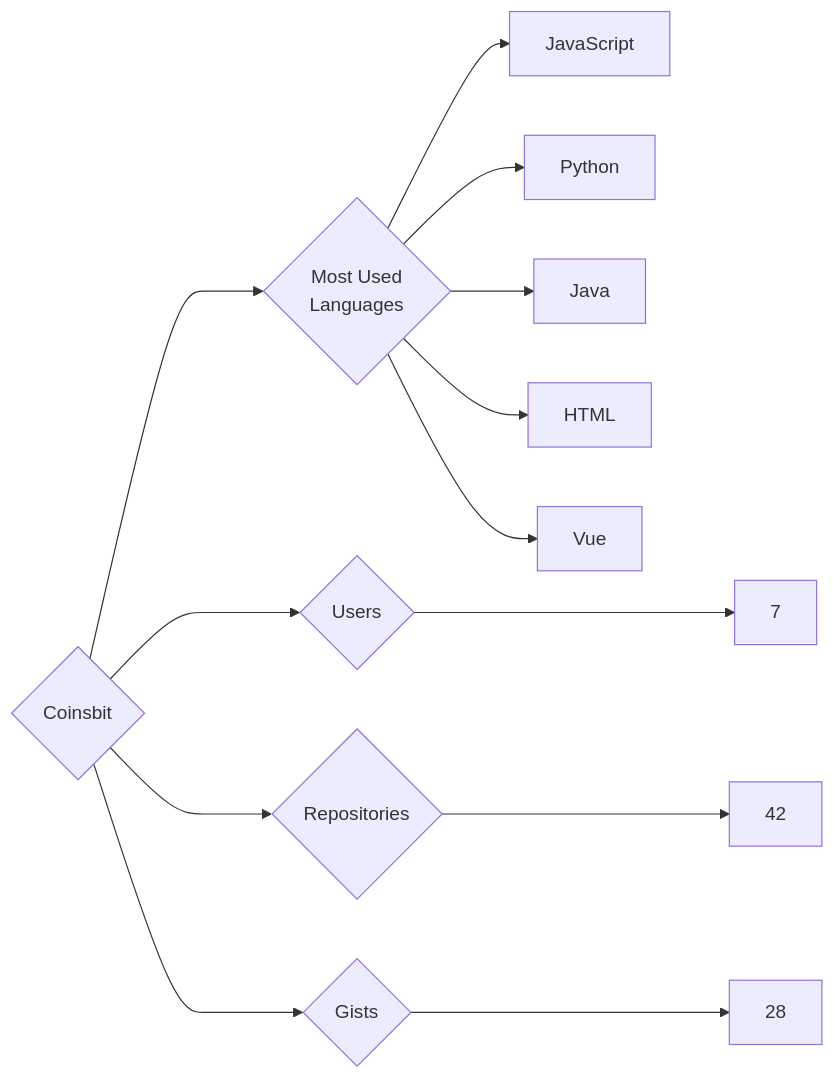
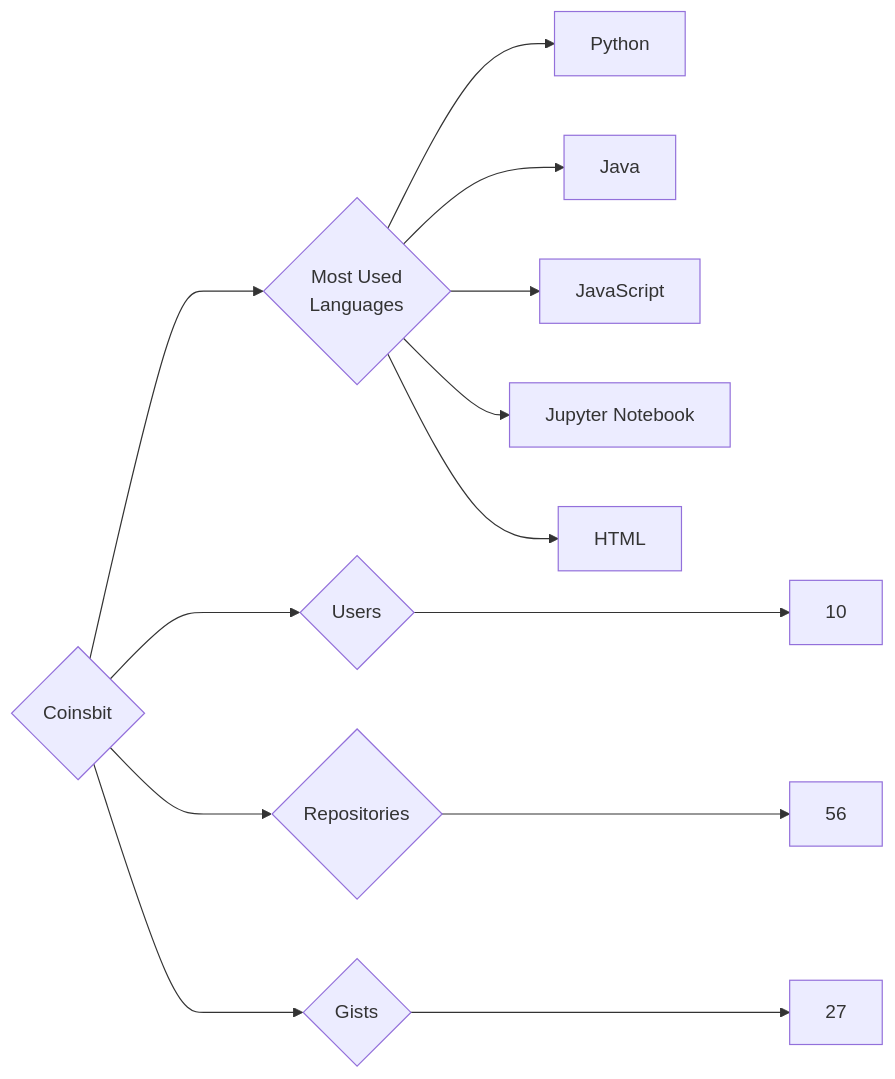
The diagram in targets/Coinsbit/README.md (trickest/insiders), drawn with Mermaid before and after one commit. The commit also changed 1149 other files, not shown here.

````diff
--- a/targets/Coinsbit/README.md
+++ b/targets/Coinsbit/README.md
@@ -3,13 +3,13 @@
 ```mermaid
 graph LR
 COMPANY_NAME{Coinsbit}
-COMPANY_NAME ---> U{Users} ---> UN[7]
-COMPANY_NAME ---> R{Repositories} ---> RN[42]
-COMPANY_NAME ---> G{Gists} ---> GN[28]
+COMPANY_NAME ---> U{Users} ---> UN[10]
+COMPANY_NAME ---> R{Repositories} ---> RN[56]
+COMPANY_NAME ---> G{Gists} ---> GN[27]
 COMPANY_NAME ---> ML{Most Used<br>Languages}
-ML --> JavaScript[JavaScript]
 ML --> Python[Python]
 ML --> Java[Java]
+ML --> JavaScript[JavaScript]
+ML --> Jupyter_Notebook[Jupyter Notebook]
 ML --> HTML[HTML]
-ML --> Vue[Vue]
 ```
````
